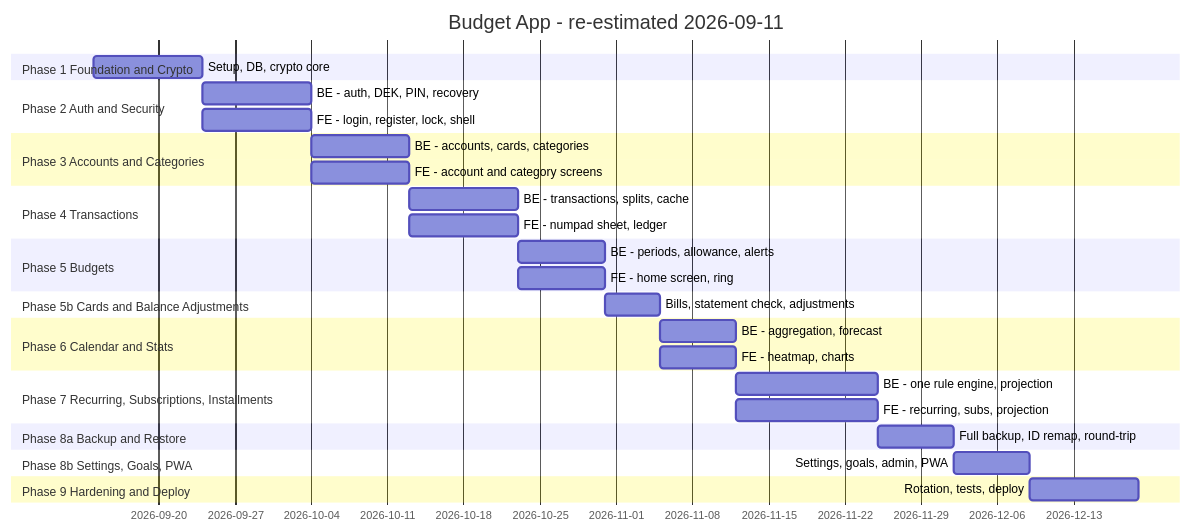
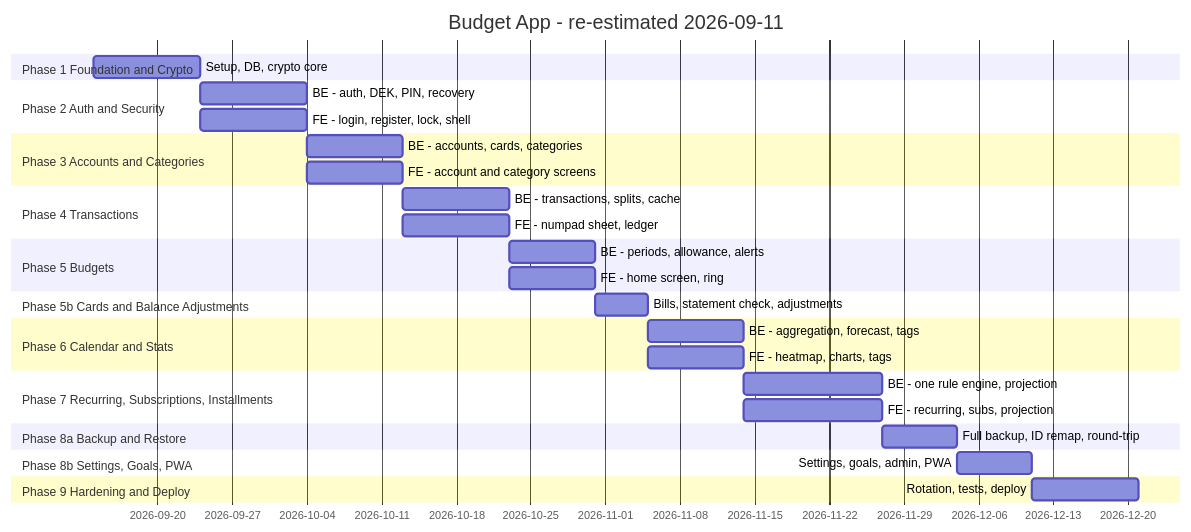
The diagram in misc/phases.md (zakura1x/Budget-App), drawn with Mermaid before and after one commit. The commit also changed other lines of this file and 21 other files, not shown here.

````diff
--- a/misc/phases.md
+++ b/misc/phases.md
@@ -31,33 +31,33 @@
 ```mermaid
 gantt
     title Budget App - re-estimated 2026-09-11
     dateFormat  YYYY-MM-DD
     section Phase 1 Foundation and Crypto
     Setup, DB, crypto core             :a1, 2026-09-14, 10d
     section Phase 2 Auth and Security
     BE - auth, DEK, PIN, recovery      :b1, after a1, 10d
     FE - login, register, lock, shell  :b2, after a1, 10d
     section Phase 3 Accounts and Categories
     BE - accounts, cards, categories   :c1, after b1, 9d
     FE - account and category screens  :c2, after b2, 9d
     section Phase 4 Transactions
     BE - transactions, splits, cache   :d1, after c1, 10d
     FE - numpad sheet, ledger          :d2, after c2, 10d
     section Phase 5 Budgets
     BE - periods, allowance, alerts    :e1, after d1, 8d
     FE - home screen, ring             :e2, after d2, 8d
     section Phase 5b Cards and Balance Adjustments
     Bills, statement check, adjustments :e3, after e1, 5d
     section Phase 6 Calendar and Stats
-    BE - aggregation, forecast         :f1, after e3, 7d
-    FE - heatmap, charts               :f2, after e3, 7d
+    BE - aggregation, forecast, tags   :f1, after e3, 9d
+    FE - heatmap, charts, tags         :f2, after e3, 9d
     section Phase 7 Recurring, Subscriptions, Installments
     BE - one rule engine, projection   :g1, after f1, 13d
     FE - recurring, subs, projection   :g2, after f2, 13d
     section Phase 8a Backup and Restore
     Full backup, ID remap, round-trip  :h1, after g1, 7d
     section Phase 8b Settings, Goals, PWA
     Settings, goals, admin, PWA        :h2, after h1, 7d
     section Phase 9 Hardening and Deploy
     Rotation, tests, deploy            :i1, after h2, 10d
 ```
````
